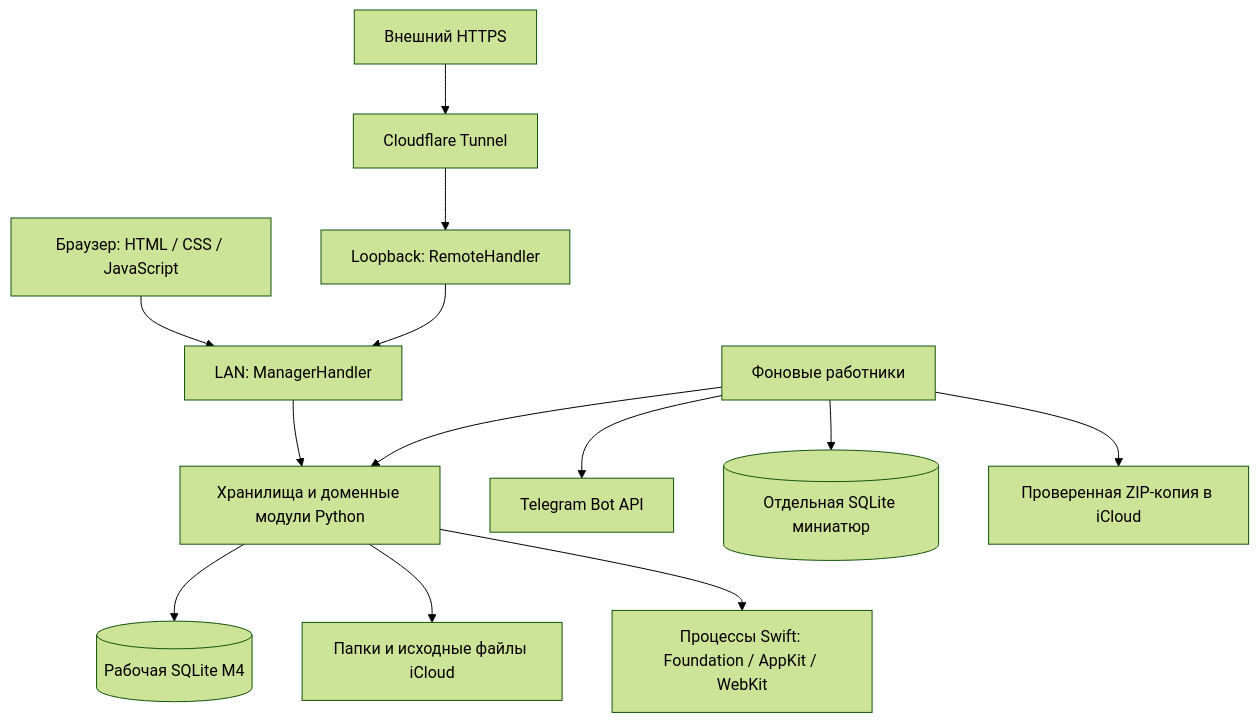
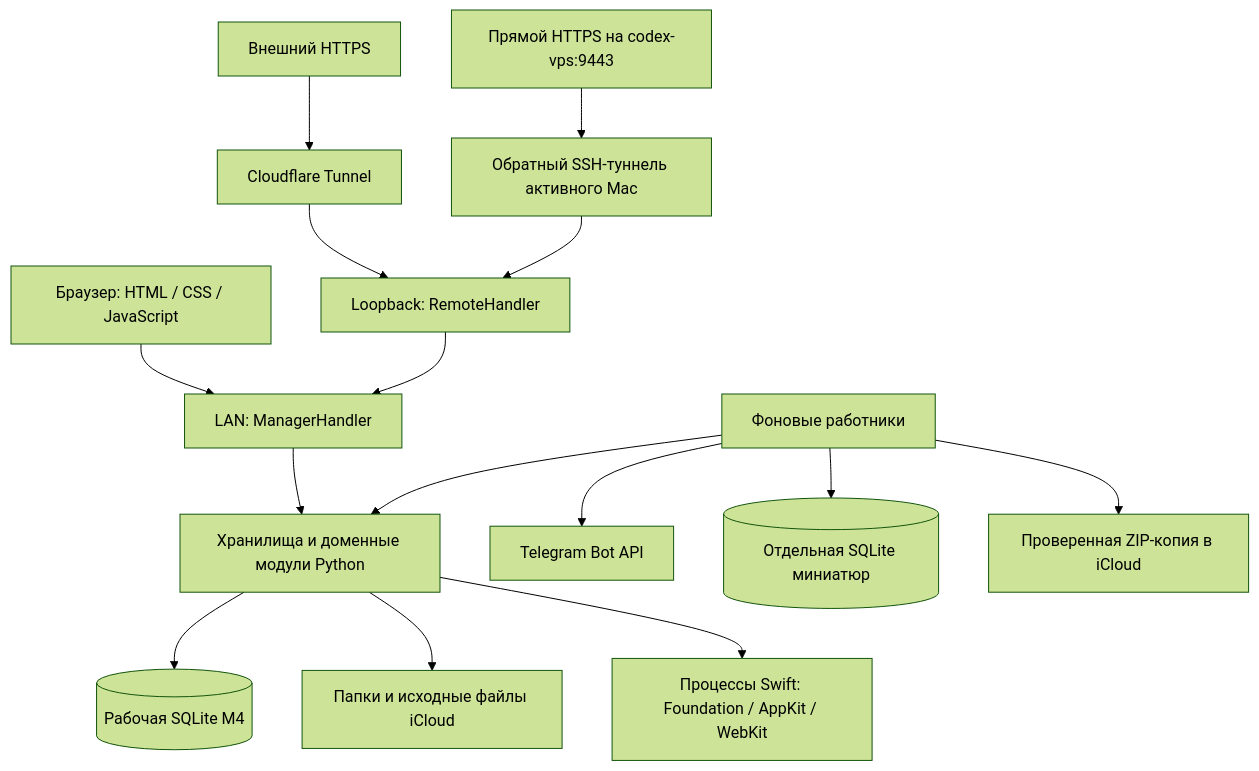
The diagram in docs/architecture.md (evgz1979/manager.zigzag), drawn with Mermaid (forest theme) before and after one commit. The commit also changed other lines of this file and 15 other files, not shown here.

````diff
--- a/docs/architecture.md
+++ b/docs/architecture.md
@@ -23,15 +23,17 @@
 ```mermaid
 flowchart TD
     B[Браузер: HTML / CSS / JavaScript] --> L[LAN: ManagerHandler]
     E[Внешний HTTPS] --> T[Cloudflare Tunnel]
     T --> R[Loopback: RemoteHandler]
+    P[Прямой HTTPS на codex-vps:9443] --> Q[Обратный SSH-туннель активного Mac]
+    Q --> R
     R --> L
     L --> S[Хранилища и доменные модули Python]
     S --> D[(Рабочая SQLite M4)]
     S --> F[Папки и исходные файлы iCloud]
     S --> N[Процессы Swift: Foundation / AppKit / WebKit]
     W[Фоновые работники] --> S
     W --> G[Telegram Bot API]
     W --> C[(Отдельная SQLite миниатюр)]
     W --> Z[Проверенная ZIP-копия в iCloud]
 ```
````
